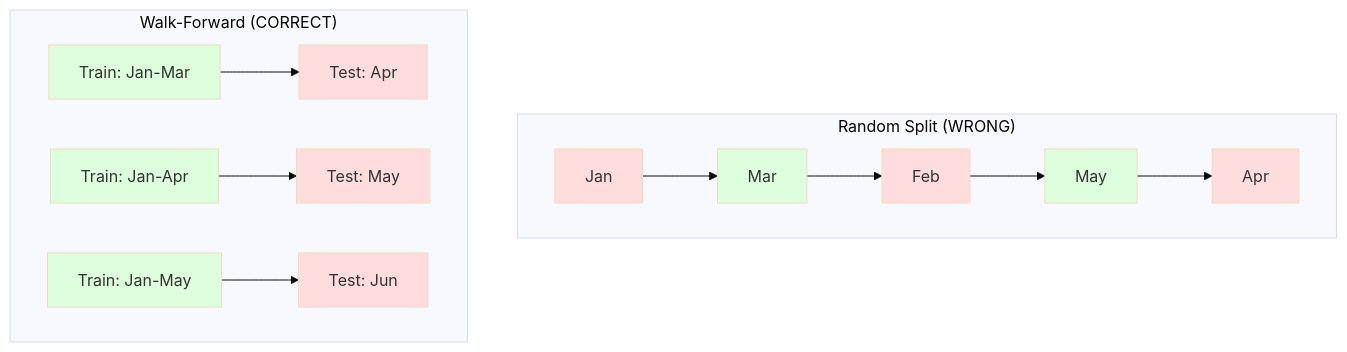
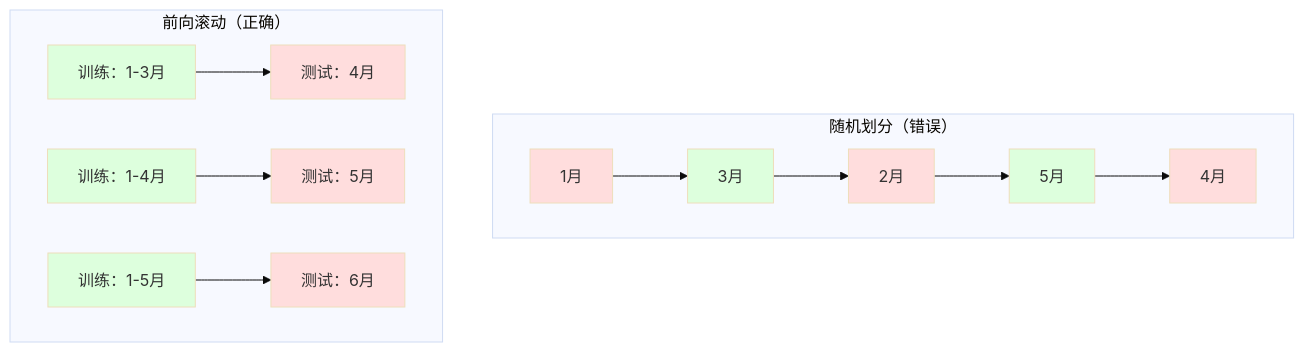
Before and after one commit to guangningsun/ailearning: the third of 3 diagrams in lessons/02-ml-fundamentals/15-time-series/docs/zh.md, drawn with Mermaid (base theme). The commit also changed other lines of this file and 53 other files, not shown here.

````diff
--- a/lessons/02-ml-fundamentals/15-time-series/docs/zh.md
+++ b/lessons/02-ml-fundamentals/15-time-series/docs/zh.md
@@ -151,28 +151,28 @@
 ```mermaid
 flowchart TD
-    subgraph WRONG["Random Split (WRONG)"]
+    subgraph WRONG["随机划分（错误）"]
         direction LR
-        W1[Jan] --> W2[Mar]
-        W2 --> W3[Feb]
-        W3 --> W4[May]
-        W4 --> W5[Apr]
+        W1[1月] --> W2[3月]
+        W2 --> W3[2月]
+        W3 --> W4[5月]
+        W4 --> W5[4月]
         style W1 fill:#fdd
         style W3 fill:#fdd
         style W5 fill:#fdd
         style W2 fill:#dfd
         style W4 fill:#dfd
     end
 
-    subgraph RIGHT["Walk-Forward (CORRECT)"]
+    subgraph RIGHT["前向滚动（正确）"]
         direction LR
-        R1["Train: Jan-Mar"] --> R2["Test: Apr"]
-        R3["Train: Jan-Apr"] --> R4["Test: May"]
-        R5["Train: Jan-May"] --> R6["Test: Jun"]
+        R1["训练：1-3月"] --> R2["测试：4月"]
+        R3["训练：1-4月"] --> R4["测试：5月"]
+        R5["训练：1-5月"] --> R6["测试：6月"]
         style R1 fill:#dfd
         style R2 fill:#fdd
         style R3 fill:#dfd
         style R4 fill:#fdd
         style R5 fill:#dfd
         style R6 fill:#fdd
     end
 ```
````
